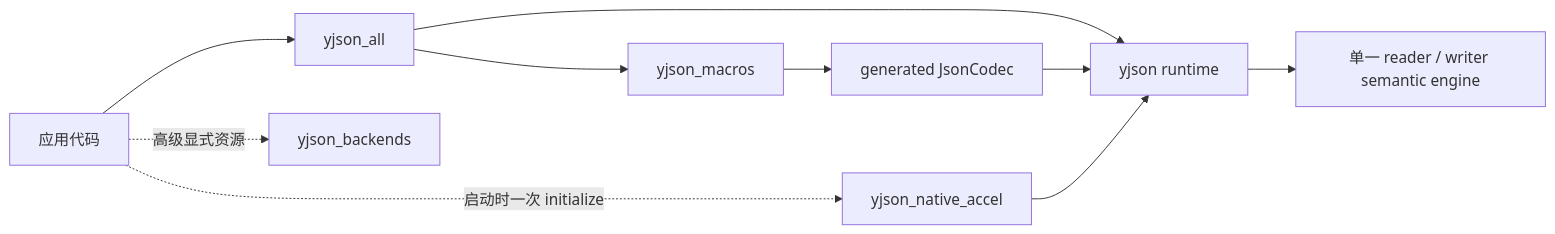
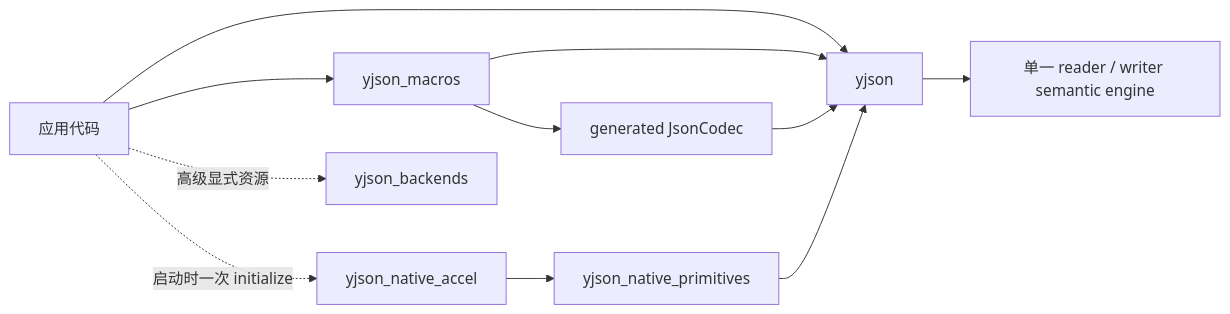
Before and after one commit to lIlIIlIll/yjson: the diagram in README.md, drawn with Mermaid. The commit also changed other lines of this file and 86 other files, not shown here.

Commit message:
Reshape the 0.1.0 package graph

````diff
--- a/README.md
+++ b/README.md
@@ -171,12 +175,13 @@
 ```mermaid
 flowchart LR
-    App[应用代码] --> All[yjson_all]
-    All --> Core[yjson runtime]
-    All --> Macros[yjson_macros]
+    App[应用代码] --> Core[yjson]
+    App --> Macros[yjson_macros]
+    Macros --> Core
     Macros --> Codec[generated JsonCodec]
     Codec --> Core
     Core --> Pure[单一 reader / writer semantic engine]
     App -. 启动时一次 initialize .-> Accel[yjson_native_accel]
-    Accel --> Core
+    Accel --> Primitives[yjson_native_primitives]
+    Primitives --> Core
     App -. 高级显式资源 .-> Backends[yjson_backends]
 ```
````
